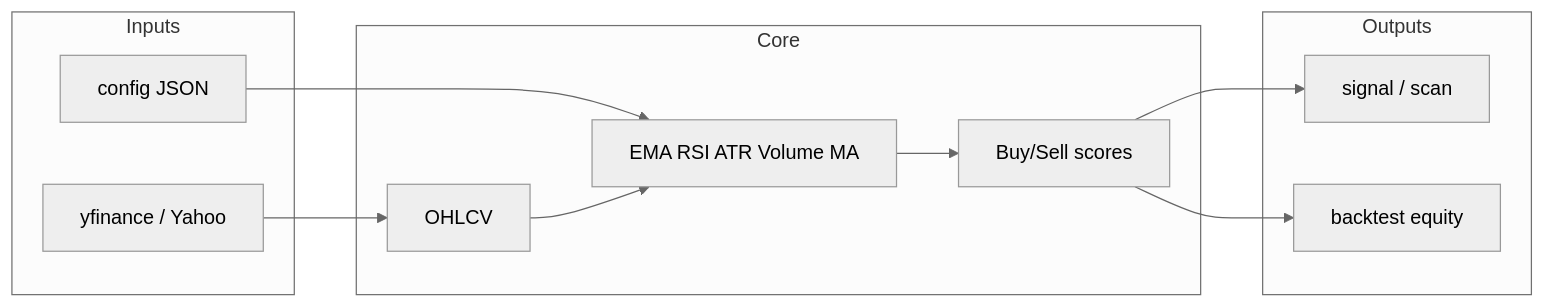
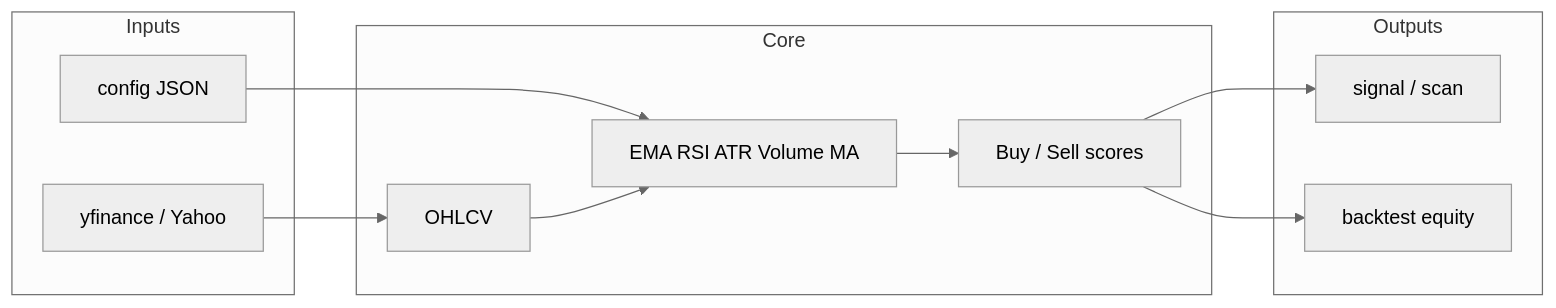
Before and after one commit to josephb4224/bitcoinRobot-master: the diagram in stock_market_bot/README.md, drawn with Mermaid (neutral theme). The commit also changed other lines of this file and 1 other file, not shown here.

````diff
--- a/stock_market_bot/README.md
+++ b/stock_market_bot/README.md
@@ -16,22 +41,22 @@
 ```mermaid
 flowchart LR
   subgraph inputs [Inputs]
     YF[yfinance / Yahoo]
     CFG[config JSON]
   end
   subgraph core [Core]
     OHLC[OHLCV]
     IND[EMA RSI ATR Volume MA]
-    SCR[Buy/Sell scores]
+    SCR[Buy / Sell scores]
   end
   subgraph out [Outputs]
     SIG[signal / scan]
     BT[backtest equity]
   end
   YF --> OHLC
   CFG --> IND
   OHLC --> IND
   IND --> SCR
   SCR --> SIG
   SCR --> BT
 ```
````
